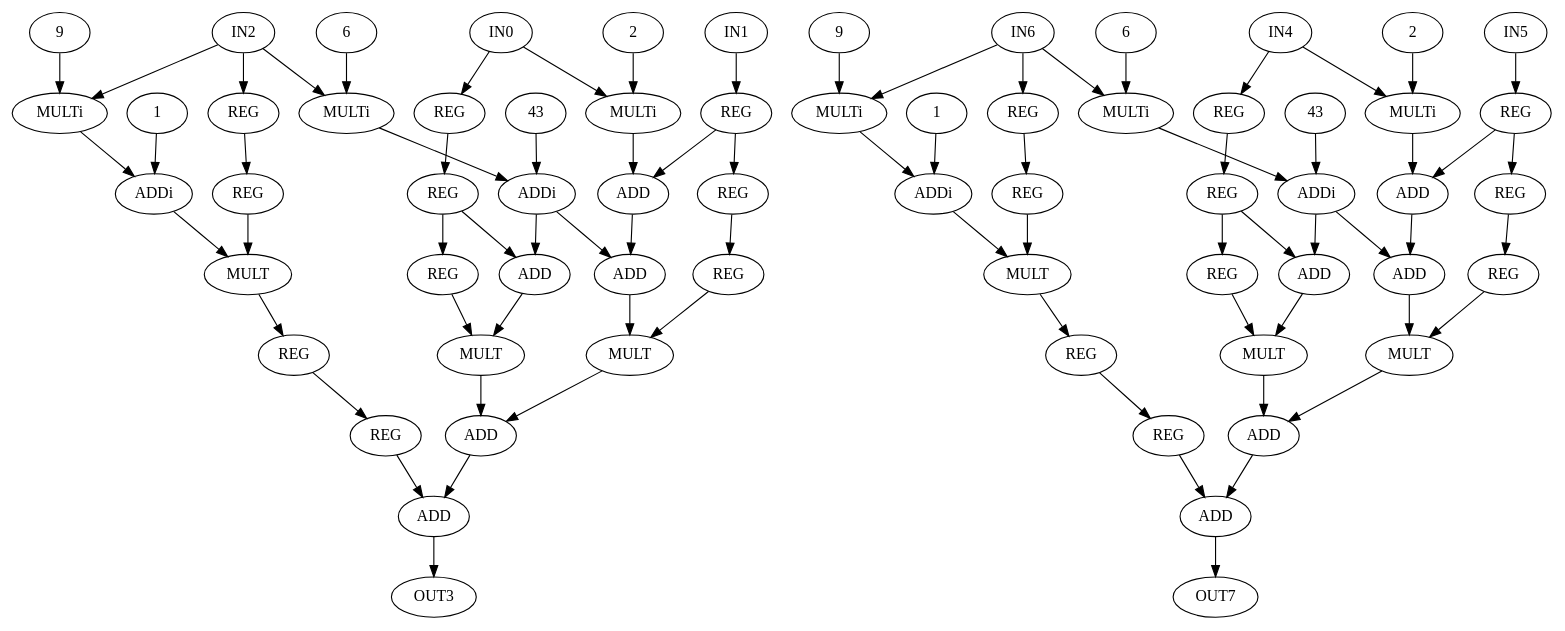
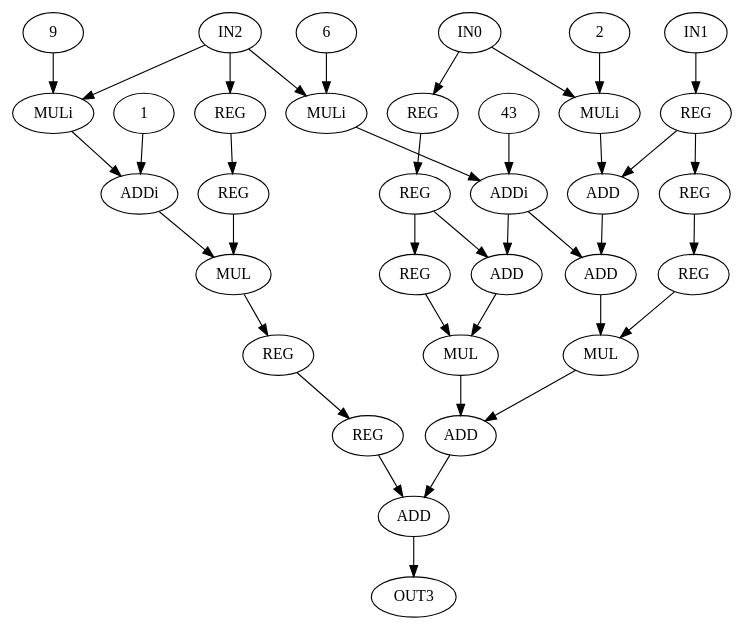
Before and after one commit to lesc-ufv/fdam: the diagram in fdam-samples/fdam-cgra-samples/cgra_128_radix8/sw/cpp/dot_dataflows/mibench.dot, drawn with Graphviz. The commit also changed 15 other files, not shown here.

```diff
--- a/fdam-samples/fdam-cgra-samples/cgra_128_radix8/sw/cpp/dot_dataflows/mibench.dot
+++ b/fdam-samples/fdam-cgra-samples/cgra_128_radix8/sw/cpp/dot_dataflows/mibench.dot
@@ -1,140 +1,71 @@
 digraph mibench{
  0 [ label = IN0 ]
  1 [ label = IN1 ]
  2 [ label = IN2 ]
  3 [ label = OUT3 ]
- 4 [ label = IN4 ]
- 5 [ label = IN5 ]
- 6 [ label = IN6 ]
- 7 [ label = OUT7 ]
+ 4 [ label = REG]
+ 5 [ label = REG]
+ 6 [ label = REG]
+ 7 [ label = REG]
  8 [ label = REG]
  9 [ label = REG]
  10 [ label = REG]
  11 [ label = REG]
  12 [ label = REG]
  13 [ label = REG]
- 14 [ label = REG]
- 15 [ label = REG]
- 16 [ label = REG]
- 17 [ label = REG]
- 18 [ label = MULTi, VALUE = 9]
- "18.9"[ label = 9 ]
- 19 [ label = MULTi, VALUE = 6]
- "19.6"[ label = 6 ]
- 20 [ label = MULTi, VALUE = 2]
- "20.2"[ label = 2 ]
- 21 [ label = ADDi, VALUE = 1]
- "21.1"[ label = 1 ]
- 22 [ label = ADDi, VALUE = 43]
- "22.43"[ label = 43 ]
- 23 [ label = ADD]
- 24 [ label = MULT]
+ 14 [ label = MULi, VALUE = 9]
+ "14.9"[ label = 9 ]
+ 15 [ label = MULi, VALUE = 6]
+ "15.6"[ label = 6 ]
+ 16 [ label = MULi, VALUE = 2]
+ "16.2"[ label = 2 ]
+ 17 [ label = ADDi, VALUE = 1]
+ "17.1"[ label = 1 ]
+ 18 [ label = ADDi, VALUE = 43]
+ "18.43"[ label = 43 ]
+ 19 [ label = ADD]
+ 20 [ label = MUL]
+ 21 [ label = ADD]
+ 22 [ label = ADD]
+ 23 [ label = MUL]
+ 24 [ label = MUL]
  25 [ label = ADD]
  26 [ label = ADD]
- 27 [ label = MULT]
- 28 [ label = MULT]
- 29 [ label = ADD]
- 30 [ label = ADD]
- 31 [ label = REG]
- 32 [ label = REG]
- 33 [ label = REG]
- 34 [ label = REG]
- 35 [ label = REG]
- 36 [ label = REG]
- 37 [ label = REG]
- 38 [ label = REG]
- 39 [ label = REG]
- 40 [ label = REG]
- 41 [ label = MULTi, VALUE = 9]
- "41.9"[ label = 9 ]
- 42 [ label = MULTi, VALUE = 6]
- "42.6"[ label = 6 ]
- 43 [ label = MULTi, VALUE = 2]
- "43.2"[ label = 2 ]
- 44 [ label = ADDi, VALUE = 1]
- "44.1"[ label = 1 ]
- 45 [ label = ADDi, VALUE = 43]
- "45.43"[ label = 43 ]
- 46 [ label = ADD]
- 47 [ label = MULT]
- 48 [ label = ADD]
- 49 [ label = ADD]
- 50 [ label = MULT]
- 51 [ label = MULT]
- 52 [ label = ADD]
- 53 [ label = ADD]
- 0 -> 20
- 0 -> 10
- 1 -> 13
- 2 -> 18
- 2 -> 19
- 2 -> 8
- 4 -> 43
- 4 -> 33
- 5 -> 36
- 6 -> 41
- 6 -> 42
- 6 -> 31
- 8 -> 9
- 9 -> 24
+ 0 -> 16
+ 0 -> 6
+ 1 -> 9
+ 2 -> 14
+ 2 -> 15
+ 2 -> 4
+ 4 -> 5
+ 5 -> 20
+ 6 -> 7
+ 7 -> 8
+ 7 -> 21
+ 8 -> 23
+ 9 -> 10
+ 9 -> 19
  10 -> 11
- 11 -> 12
- 11 -> 25
- 12 -> 27
- 13 -> 14
- 13 -> 23
- 14 -> 15
- 15 -> 28
- 16 -> 17
- 17 -> 30
- "18.9" -> 18
+ 11 -> 24
+ 12 -> 13
+ 13 -> 26
+ "14.9" -> 14
+ 14 -> 17
+ "15.6" -> 15
+ 15 -> 18
+ "16.2" -> 16
+ 16 -> 19
+ "17.1" -> 17
+ 17 -> 20
+ "18.43" -> 18
  18 -> 21
- "19.6" -> 19
+ 18 -> 22
  19 -> 22
- "20.2" -> 20
- 20 -> 23
- "21.1" -> 21
- 21 -> 24
- "22.43" -> 22
- 22 -> 25
- 22 -> 26
- 23 -> 26
- 24 -> 16
- 25 -> 27
- 26 -> 28
- 27 -> 29
- 28 -> 29
- 29 -> 30
- 30 -> 3
- 31 -> 32
- 32 -> 47
- 33 -> 34
- 34 -> 35
- 34 -> 48
- 35 -> 50
- 36 -> 37
- 36 -> 46
- 37 -> 38
- 38 -> 51
- 39 -> 40
- 40 -> 53
- "41.9" -> 41
- 41 -> 44
- "42.6" -> 42
- 42 -> 45
- "43.2" -> 43
- 43 -> 46
- "44.1" -> 44
- 44 -> 47
- "45.43" -> 45
- 45 -> 48
- 45 -> 49
- 46 -> 49
- 47 -> 39
- 48 -> 50
- 49 -> 51
- 50 -> 52
- 51 -> 52
- 52 -> 53
- 53 -> 7
+ 20 -> 12
+ 21 -> 23
+ 22 -> 24
+ 23 -> 25
+ 24 -> 25
+ 25 -> 26
+ 26 -> 3
 }
```
